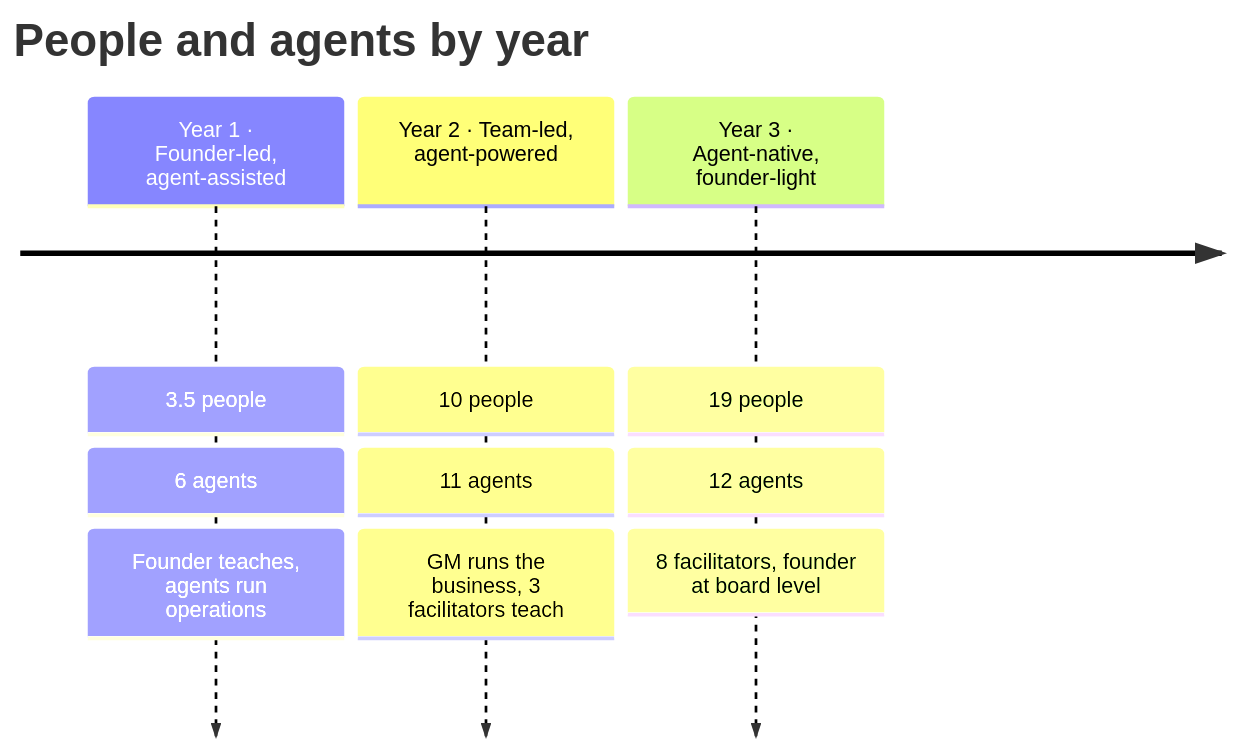
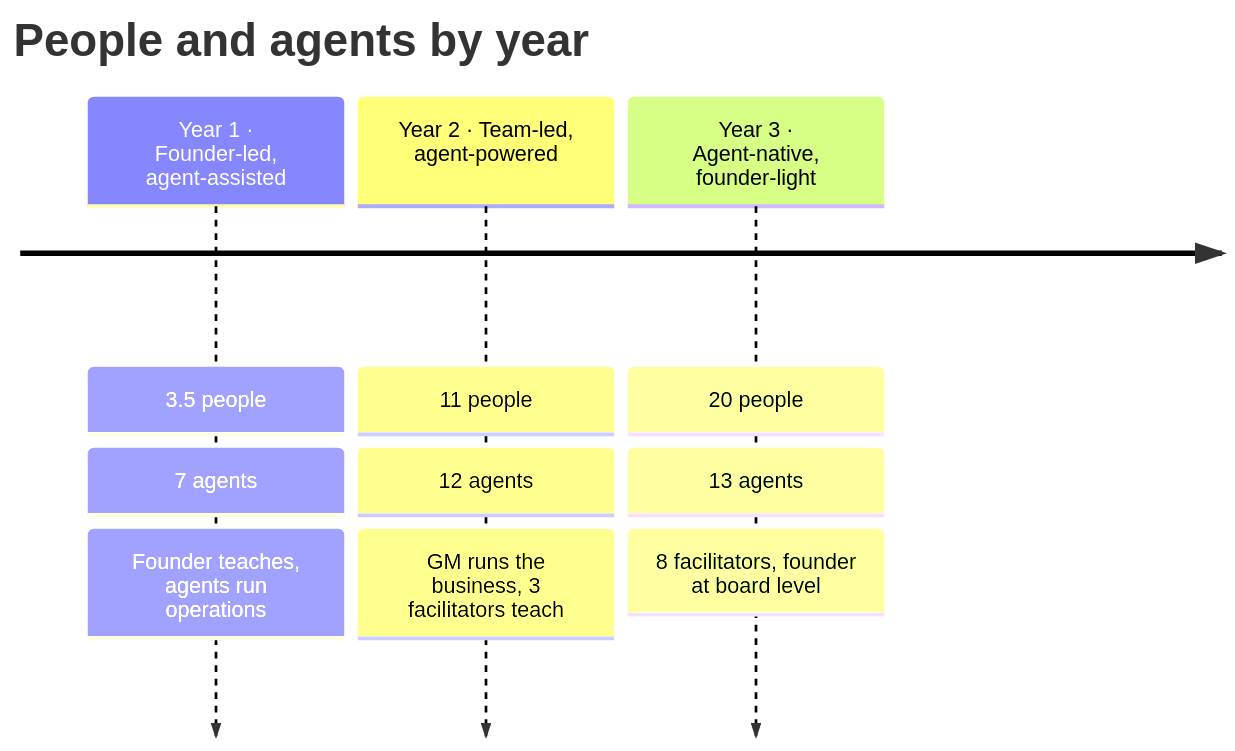
One commit to altafr/weekendaiplan changed the diagram in ai-operations/year-by-year.mdx. Above: the diagram before and after it, drawn with Mermaid. The commit also changed other lines of this file and 27 other files, not shown here.

````diff
--- a/ai-operations/year-by-year.mdx
+++ b/ai-operations/year-by-year.mdx
@@ -7,7 +7,7 @@
 ```mermaid
 timeline
   title People and agents by year
-  Year 1 · Founder-led, agent-assisted : 3.5 people : 6 agents : Founder teaches, agents run operations
-  Year 2 · Team-led, agent-powered : 10 people : 11 agents : GM runs the business, 3 facilitators teach
-  Year 3 · Agent-native, founder-light : 19 people : 12 agents : 8 facilitators, founder at board level
+  Year 1 · Founder-led, agent-assisted : 3.5 people : 7 agents : Founder teaches, agents run operations
+  Year 2 · Team-led, agent-powered : 11 people : 12 agents : GM runs the business, 3 facilitators teach
+  Year 3 · Agent-native, founder-light : 20 people : 13 agents : 8 facilitators, founder at board level
 ```
````
